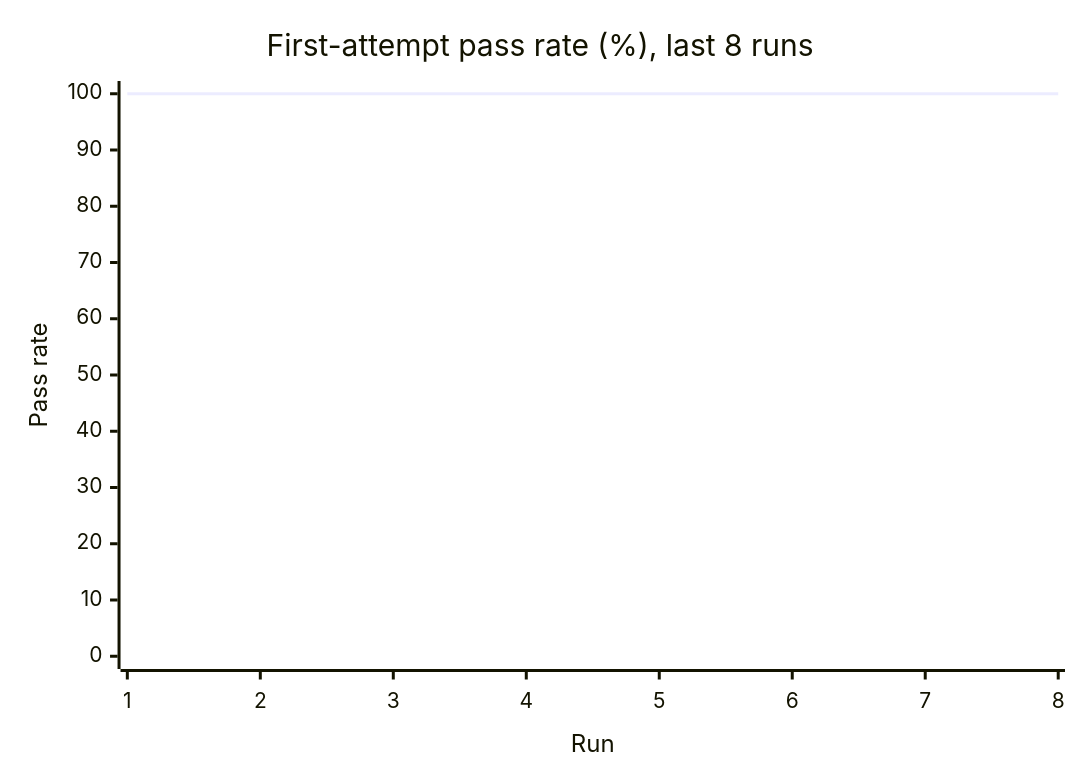
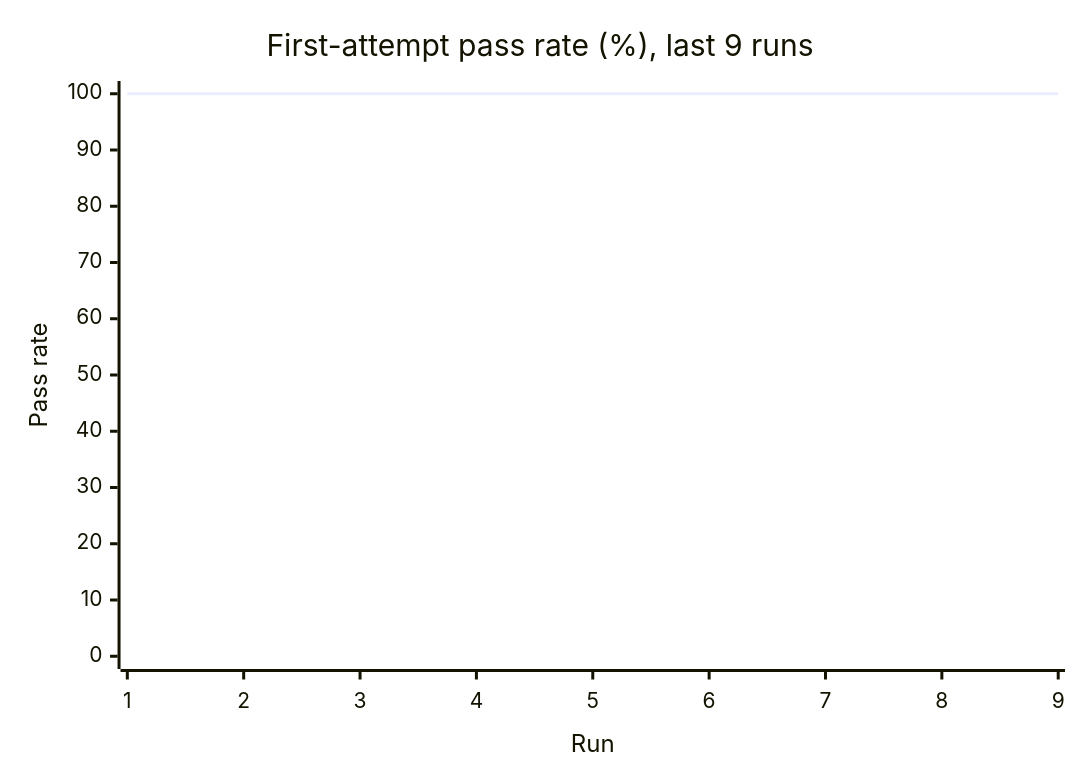
The first of 3 diagrams in reports/summary.md (Shirojoufu/DORA-Metrics), drawn with Mermaid before and after one commit. The commit also changed other lines of this file and 5 other files, not shown here.

````diff
--- a/reports/summary.md
+++ b/reports/summary.md
@@ -17,7 +17,7 @@
 ```mermaid
 xychart-beta
-    title "First-attempt pass rate (%), last 8 runs"
-    x-axis "Run" [1, 2, 3, 4, 5, 6, 7, 8]
+    title "First-attempt pass rate (%), last 9 runs"
+    x-axis "Run" [1, 2, 3, 4, 5, 6, 7, 8, 9]
     y-axis "Pass rate" 0 --> 100
-    line [100.0, 100.0, 100.0, 100.0, 100.0, 100.0, 100.0, 100.0]
+    line [100.0, 100.0, 100.0, 100.0, 100.0, 100.0, 100.0, 100.0, 100.0]
 ```
````
